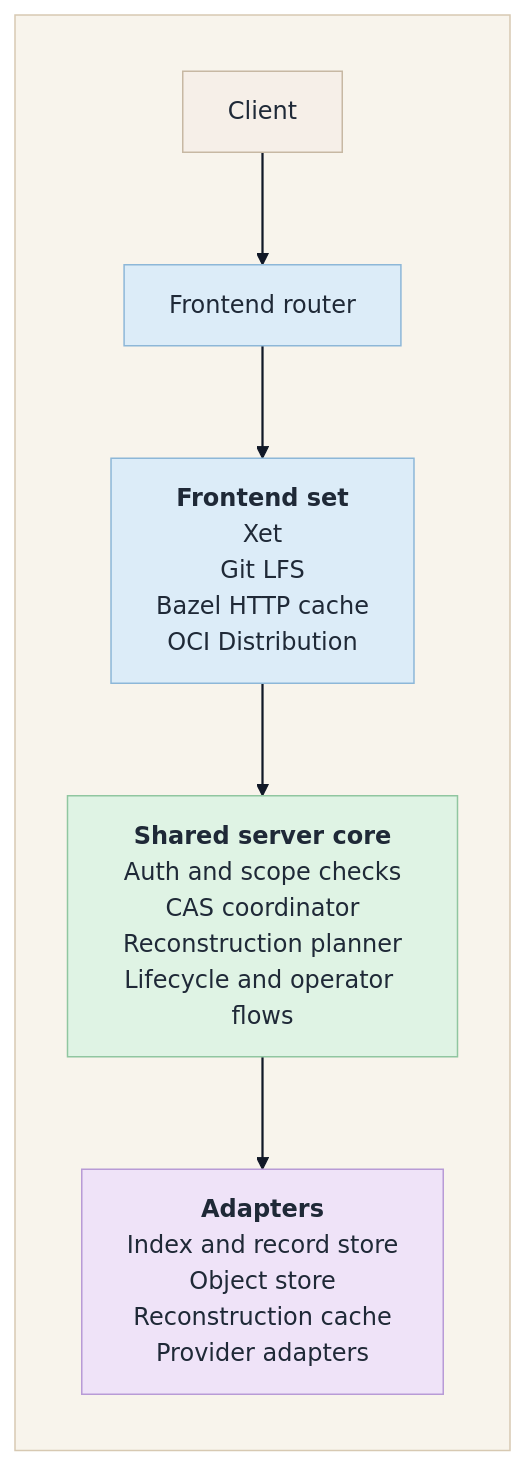
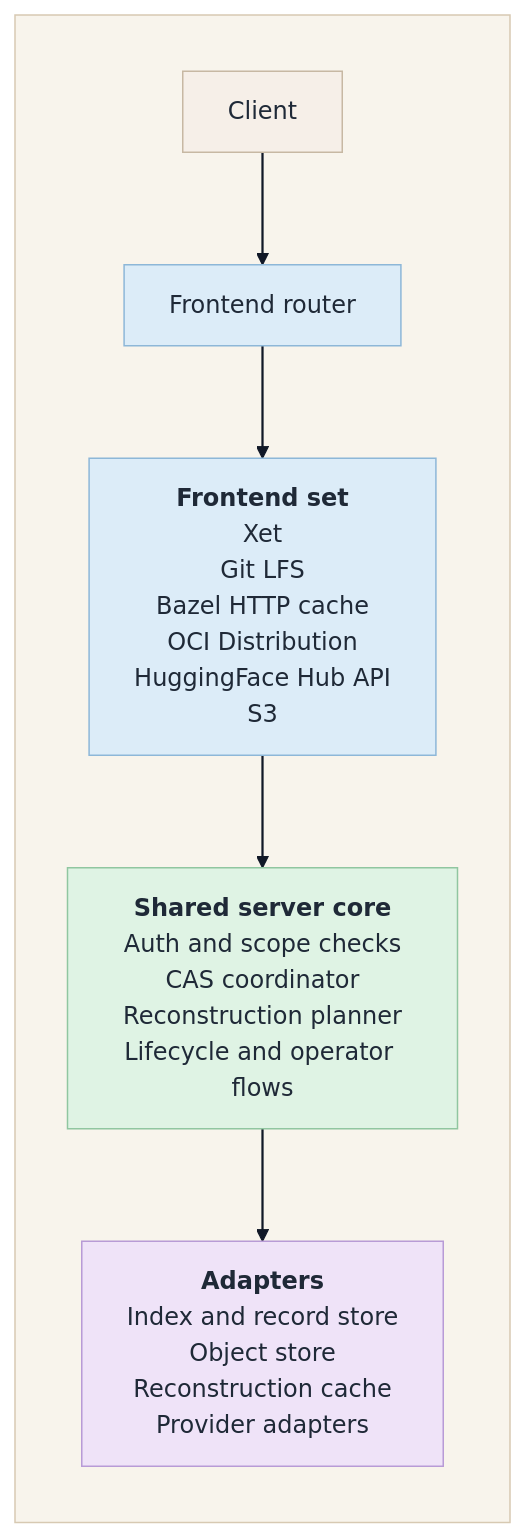
Before and after one commit to STEXS-Technologies/shardline: the first of 4 diagrams in docs/ARCHITECTURE.md, drawn with Mermaid. The commit also changed other lines of this file and 29 other files, not shown here.

````diff
--- a/docs/ARCHITECTURE.md
+++ b/docs/ARCHITECTURE.md
@@ -32,27 +32,27 @@
 ```mermaid
 flowchart TD
   subgraph Canvas[ ]
     direction TD
     Client[Client]
     Router[Frontend router]
-    Frontends["<b>Frontend set</b><br/>Xet<br/>Git LFS<br/>Bazel HTTP cache<br/>OCI Distribution"]
+    Frontends["<b>Frontend set</b><br/>Xet<br/>Git LFS<br/>Bazel HTTP cache<br/>OCI Distribution<br/>HuggingFace Hub API<br/>S3"]
     Core["<b>Shared server core</b><br/>Auth and scope checks<br/>CAS coordinator<br/>Reconstruction planner<br/>Lifecycle and operator flows"]
     Adapters["<b>Adapters</b><br/>Index and record store<br/>Object store<br/>Reconstruction cache<br/>Provider adapters"]
   end
 
   Client --> Router
   Router --> Frontends
   Frontends --> Core
   Core --> Adapters
 
   classDef neutral fill:#f6efe8,stroke:#c7b8a3,color:#1f2937;
   classDef frontend fill:#dcecf8,stroke:#8db7d8,color:#1f2937;
   classDef core fill:#dff3e4,stroke:#90c6a0,color:#1f2937;
   classDef adapter fill:#efe3f8,stroke:#b89bd6,color:#1f2937;
   style Canvas fill:#f8f4ec,stroke:#d7c9b2,color:#1f2937;
   class Client neutral;
   class Router,Frontends frontend;
   class Core core;
   class Adapters adapter;
   linkStyle default stroke:#111827,stroke-width:1.5px;
 ```
````
